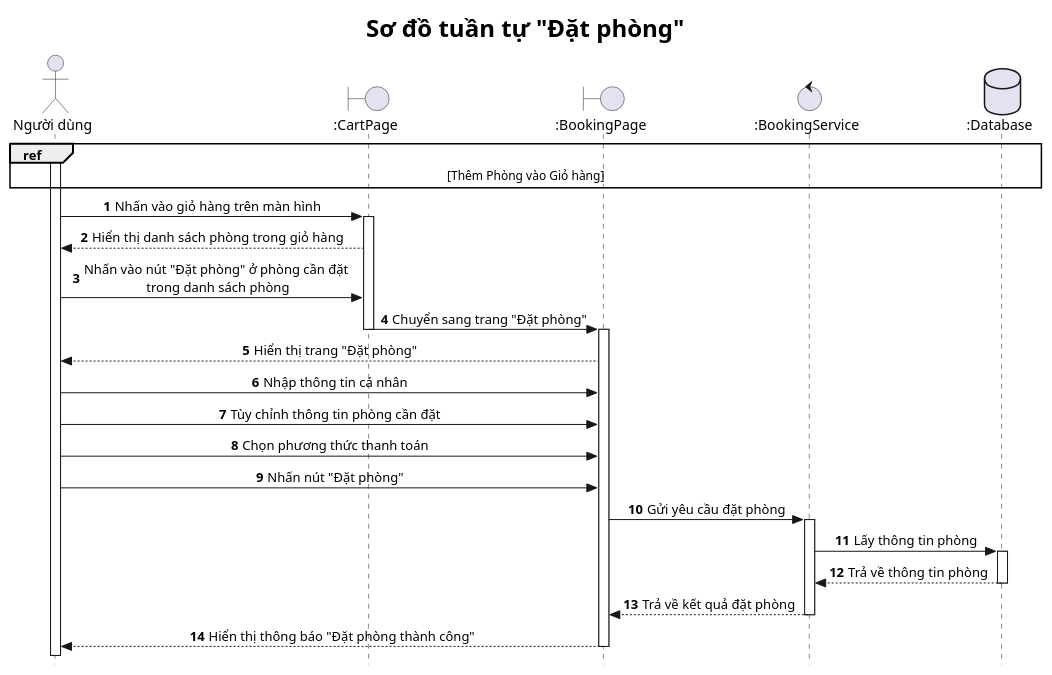
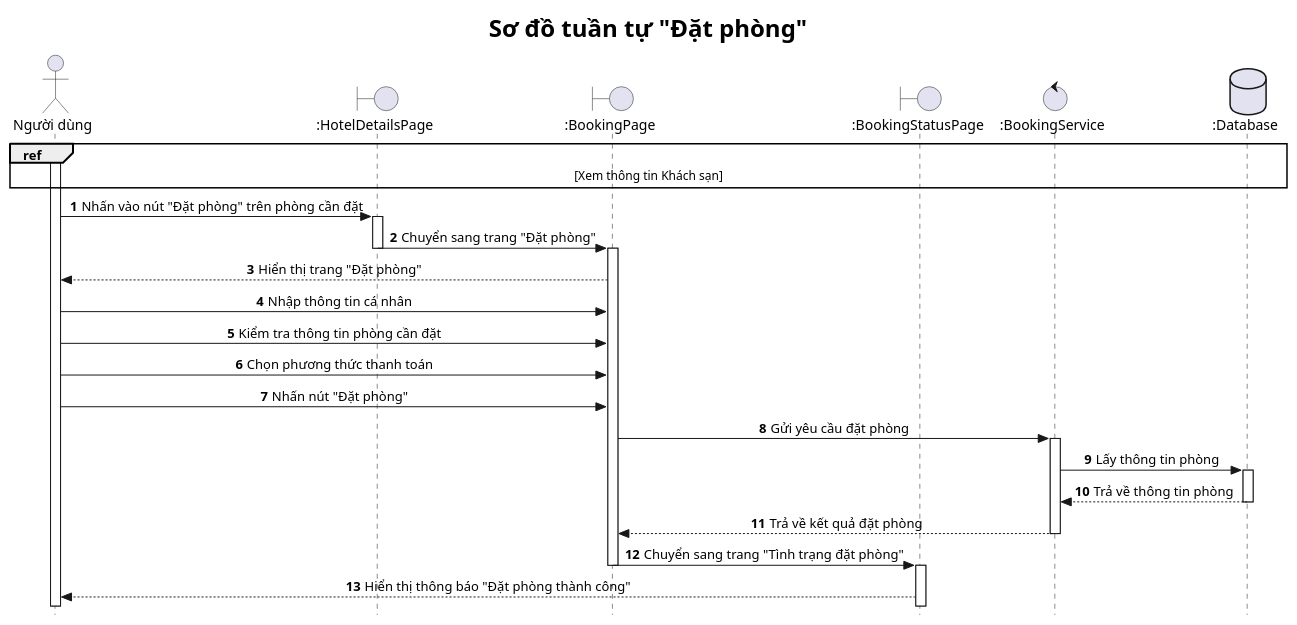
One commit to Hotelligence/hotelligence-diagrams changed the diagram in src/sequence/userServices/bookingService/s-bookARoom.plantuml. Above: the diagram before and after it, drawn with PlantUML. The commit also changed 37 other files, not shown here.

Commit message:
adjust some use cases and their flows

```diff
--- a/src/sequence/userServices/bookingService/s-bookARoom.plantuml
+++ b/src/sequence/userServices/bookingService/s-bookARoom.plantuml
@@ -1,51 +1,50 @@
 @startuml
 
 title <size: 24> Sơ đồ tuần tự "Đặt phòng" </size>
 
 skinparam style strictuml
 skinparam SequenceMessageAlignment center
 
 autonumber
 
 actor "Người dùng" as U
-boundary ":CartPage" as CP
+boundary ":HotelDetailsPage" as HDP
 boundary ":BookingPage" as BP
+boundary ":BookingStatusPage" as BSP
 control ":BookingService" as BS
 database ":Database" as DB  
 
 ref over U, DB
-    [Thêm Phòng vào Giỏ hàng]
+    [Xem thông tin Khách sạn]
 end ref
 
 activate U
 
-U -> CP: Nhấn vào giỏ hàng trên màn hình
-activate CP
-CP --> U: Hiển thị danh sách phòng trong giỏ hàng
-U -> CP: Nhấn vào nút "Đặt phòng" ở phòng cần đặt \ntrong danh sách phòng 
-CP -> BP: Chuyển sang trang "Đặt phòng"
-deactivate CP
+U -> HDP: Nhấn vào nút "Đặt phòng" trên phòng cần đặt
+activate HDP
+HDP -> BP: Chuyển sang trang "Đặt phòng"
+deactivate HDP
 activate BP
 BP --> U: Hiển thị trang "Đặt phòng"
 U -> BP: Nhập thông tin cá nhân
-U -> BP: Tùy chỉnh thông tin phòng cần đặt
+U -> BP: Kiểm tra thông tin phòng cần đặt
 U -> BP: Chọn phương thức thanh toán
-' ref over U, DB
-'     [Chỉnh sửa thông tin Phòng cần đặt]
-' end ref
 U -> BP: Nhấn nút "Đặt phòng"
 BP -> BS: Gửi yêu cầu đặt phòng
 activate BS
 BS -> DB: Lấy thông tin phòng
 activate DB
 DB --> BS: Trả về thông tin phòng
 deactivate DB
 BS --> BP: Trả về kết quả đặt phòng
 deactivate BS
-BP --> U: Hiển thị thông báo "Đặt phòng thành công"
-deactivate CP
+BP -> BSP: Chuyển sang trang "Tình trạng đặt phòng"
 deactivate BP
+activate BSP
+BSP --> U: Hiển thị thông báo "Đặt phòng thành công"
+deactivate HDP
+
 
 
 
 @enduml
```
